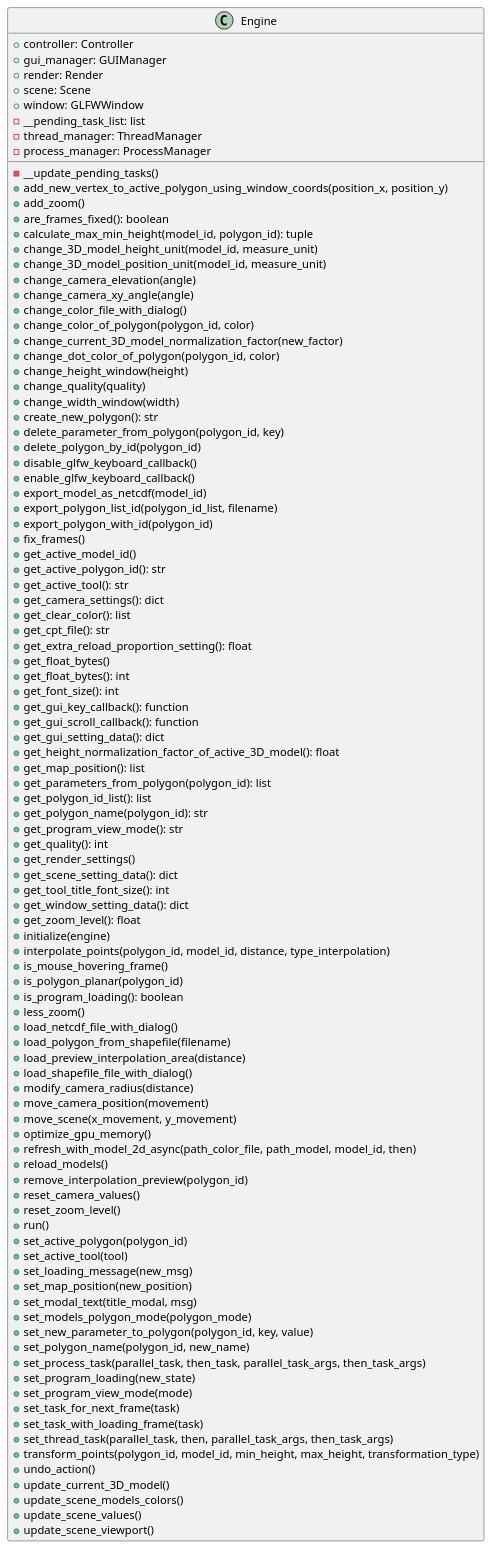
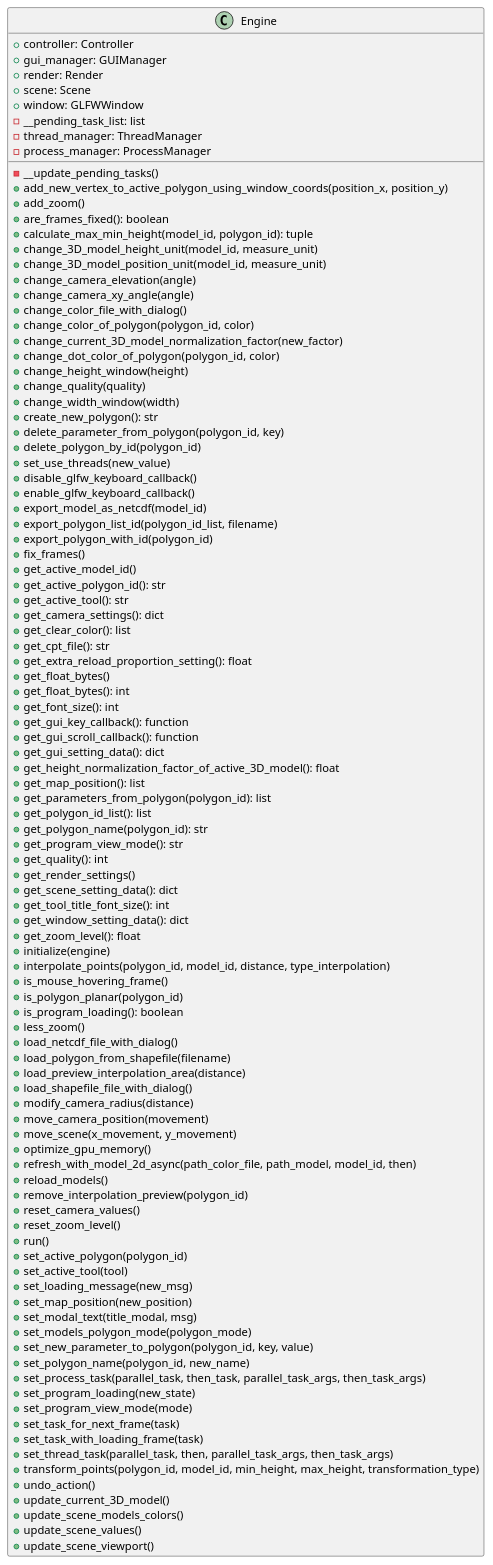
The diagram in docs/classes/Engine.puml (ferpoble2/Relief_Creator), drawn with PlantUML before and after one commit. The commit also changed 1 other file, not shown here.

Commit message:
Added variable to the engine to modify if it should use threads or not. (useful for testing logic)

```diff
--- a/docs/classes/Engine.puml
+++ b/docs/classes/Engine.puml
@@ -1,104 +1,105 @@
 @startuml
 class Engine {
     + controller: Controller
     + gui_manager: GUIManager
     + render: Render
     + scene: Scene
     + window: GLFWWindow
     - __pending_task_list: list
     - thread_manager: ThreadManager
     - process_manager: ProcessManager
 
     - __update_pending_tasks()
     + add_new_vertex_to_active_polygon_using_window_coords(position_x, position_y)
     + add_zoom()
     + are_frames_fixed(): boolean
     + calculate_max_min_height(model_id, polygon_id): tuple
     + change_3D_model_height_unit(model_id, measure_unit)
     + change_3D_model_position_unit(model_id, measure_unit)
     + change_camera_elevation(angle)
     + change_camera_xy_angle(angle)
     + change_color_file_with_dialog()
     + change_color_of_polygon(polygon_id, color)
     + change_current_3D_model_normalization_factor(new_factor)
     + change_dot_color_of_polygon(polygon_id,  color)
     + change_height_window(height)
     + change_quality(quality)
     + change_width_window(width)
     + create_new_polygon(): str
     + delete_parameter_from_polygon(polygon_id, key)
     + delete_polygon_by_id(polygon_id)
+    + set_use_threads(new_value)
     + disable_glfw_keyboard_callback()
     + enable_glfw_keyboard_callback()
     + export_model_as_netcdf(model_id)
     + export_polygon_list_id(polygon_id_list, filename)
     + export_polygon_with_id(polygon_id)
     + fix_frames()
     + get_active_model_id()
     + get_active_polygon_id(): str
     + get_active_tool(): str
     + get_camera_settings(): dict
     + get_clear_color(): list
     + get_cpt_file(): str
     + get_extra_reload_proportion_setting(): float
     + get_float_bytes()
     + get_float_bytes(): int
     + get_font_size(): int
     + get_gui_key_callback(): function
     + get_gui_scroll_callback(): function
     + get_gui_setting_data(): dict
     + get_height_normalization_factor_of_active_3D_model(): float
     + get_map_position(): list
     + get_parameters_from_polygon(polygon_id): list
     + get_polygon_id_list(): list
     + get_polygon_name(polygon_id): str
     + get_program_view_mode(): str
     + get_quality(): int
     + get_render_settings()
     + get_scene_setting_data(): dict
     + get_tool_title_font_size(): int
     + get_window_setting_data(): dict
     + get_zoom_level(): float
     + initialize(engine)
     + interpolate_points(polygon_id, model_id, distance, type_interpolation)
     + is_mouse_hovering_frame()
     + is_polygon_planar(polygon_id)
     + is_program_loading(): boolean
     + less_zoom()
     + load_netcdf_file_with_dialog()
     + load_polygon_from_shapefile(filename)
     + load_preview_interpolation_area(distance)
     + load_shapefile_file_with_dialog()
     + modify_camera_radius(distance)
     + move_camera_position(movement)
     + move_scene(x_movement, y_movement)
     + optimize_gpu_memory()
     + refresh_with_model_2d_async(path_color_file, path_model, model_id, then)
     + reload_models()
     + remove_interpolation_preview(polygon_id)
     + reset_camera_values()
     + reset_zoom_level()
     + run()
     + set_active_polygon(polygon_id)
     + set_active_tool(tool)
     + set_loading_message(new_msg)
     + set_map_position(new_position)
     + set_modal_text(title_modal, msg)
     + set_models_polygon_mode(polygon_mode)
     + set_new_parameter_to_polygon(polygon_id, key, value)
     + set_polygon_name(polygon_id, new_name)
     + set_process_task(parallel_task, then_task, parallel_task_args, then_task_args)
     + set_program_loading(new_state)
     + set_program_view_mode(mode)
     + set_task_for_next_frame(task)
     + set_task_with_loading_frame(task)
     + set_thread_task(parallel_task, then, parallel_task_args, then_task_args)
     + transform_points(polygon_id, model_id, min_height, max_height, transformation_type)
     + undo_action()
     + update_current_3D_model()
     + update_scene_models_colors()
     + update_scene_values()
     + update_scene_viewport()
 }
 
 @enduml
```
